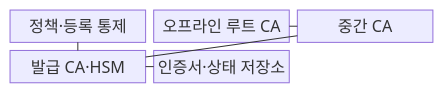
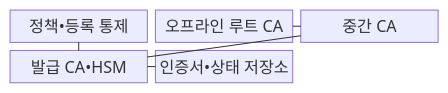
Before and after one commit to agnusdei1207/knowledge-base: the first of 2 diagrams in src/content/docs/notes/05-security/009_certificate_authority.md, drawn with Mermaid. The commit also changed other lines of this file and 953 other files, not shown here.

````diff
--- a/src/content/docs/notes/05-security/009_certificate_authority.md
+++ b/src/content/docs/notes/05-security/009_certificate_authority.md
@@ -67,13 +67,13 @@
 ```mermaid
 block-beta
     columns 3
-    P["정책·등록 통제"]
+    P["정책•등록 통제"]
     R["오프라인 루트 CA"]
     I["중간 CA"]
-    C["발급 CA·HSM"]
-    S["인증서·상태 저장소"]
+    C["발급 CA•HSM"]
+    S["인증서•상태 저장소"]
     P --- C
     R --- I
     I --- C
     C --- S
 ```
````
